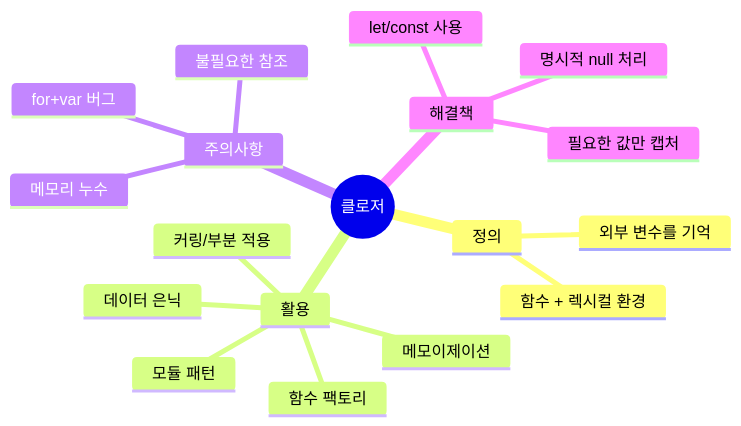
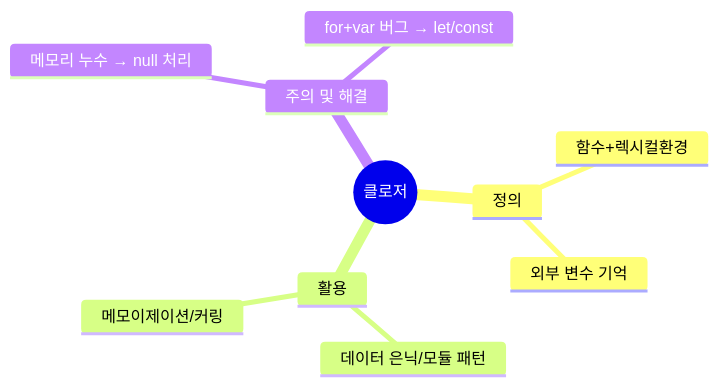
The eighth of 8 diagrams in _posts/frontend/2026-05-02-js-closure.md (yjkim2015/yjkim2015.github.io), drawn with Mermaid before and after one commit. The commit also changed other lines of this file and 215 other files, not shown here.

First line of the commit message:
신규 포스트 10개 추가 + Mermaid 전면 축소 + SystemDesign 시리즈 보강

````diff
--- a/_posts/frontend/2026-05-02-js-closure.md
+++ b/_posts/frontend/2026-05-02-js-closure.md
@@ -675,21 +610,13 @@
 ```mermaid
 mindmap
   root((클로저))
     정의
-      함수 + 렉시컬 환경
-      외부 변수를 기억
+      함수+렉시컬환경
+      외부 변수 기억
     활용
-      데이터 은닉
-      모듈 패턴
-      함수 팩토리
-      메모이제이션
-      커링/부분 적용
-    주의사항
-      메모리 누수
-      for+var 버그
-      불필요한 참조
-    해결책
-      let/const 사용
-      필요한 값만 캡처
-      명시적 null 처리
+      데이터 은닉/모듈 패턴
+      메모이제이션/커링
+    주의 및 해결
+      메모리 누수 → null 처리
+      for+var 버그 → let/const
 ```
````
